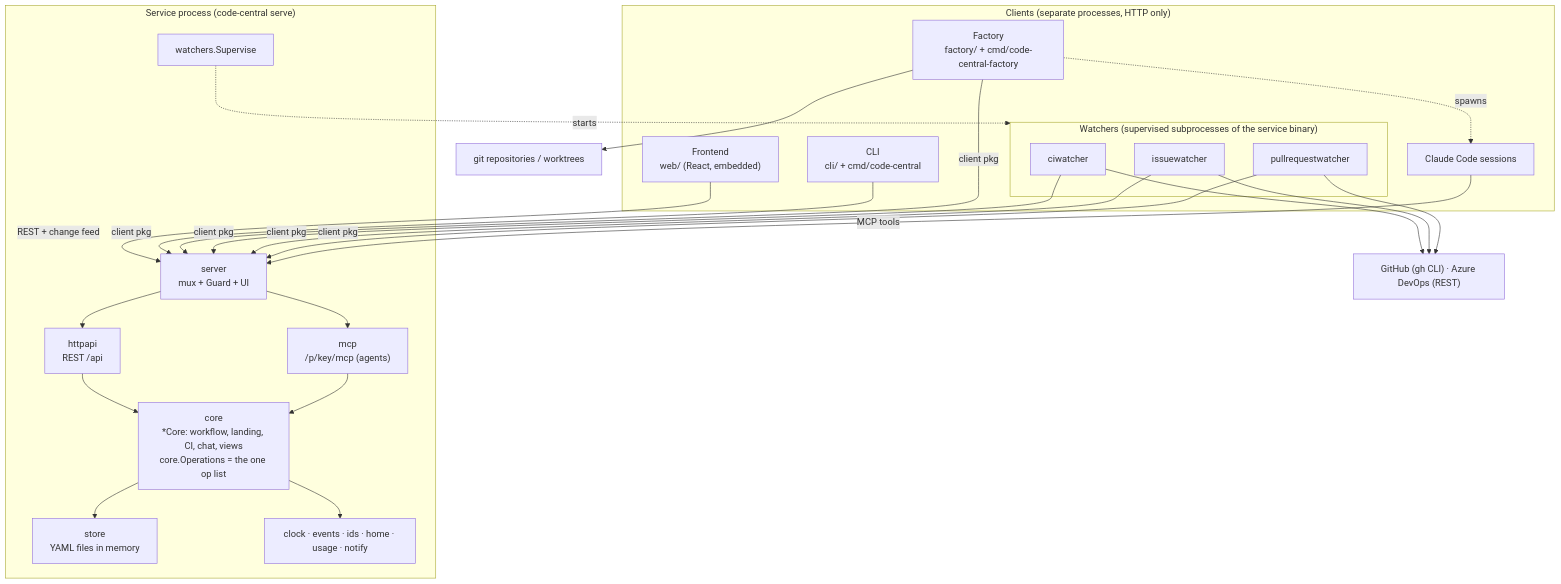
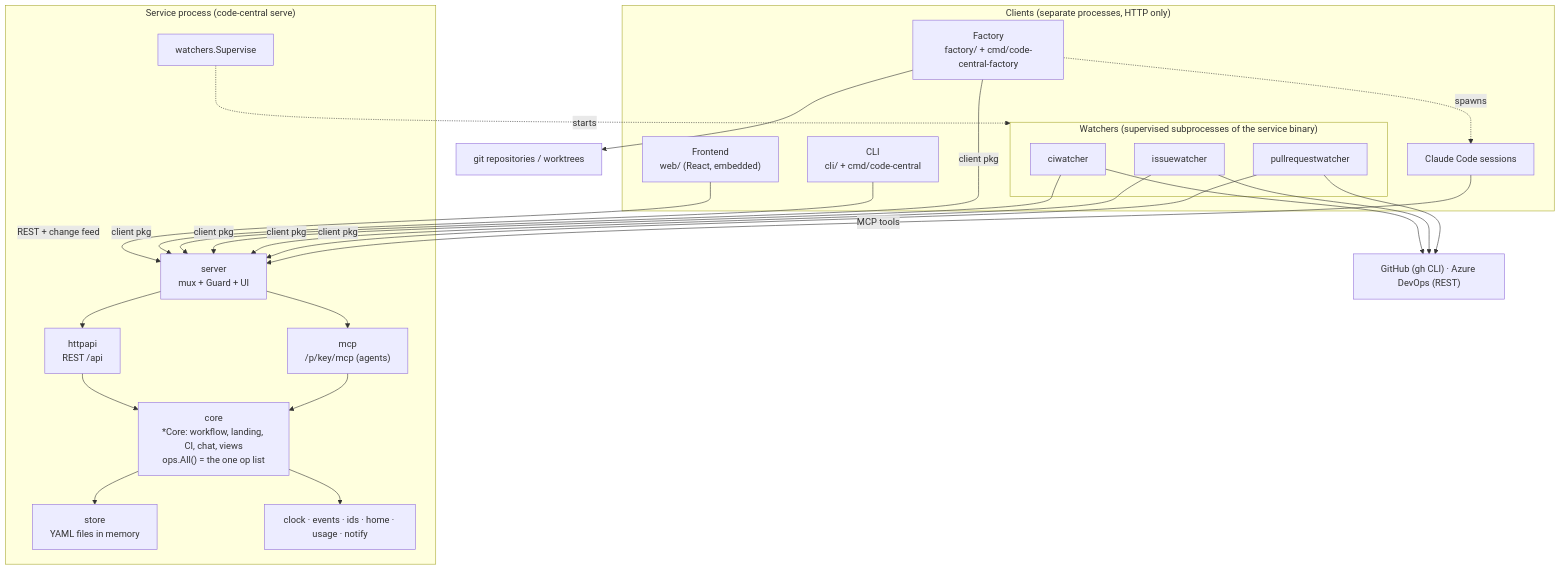
The diagram in docs/architecture.md (tomphp/code-central), drawn with Mermaid before and after one commit. The commit also changed other lines of this file and 62 other files, not shown here.

First line of the commit message:
refactor(ops): define the defining-work operations once and derive their routes, tools and client calls (code-central-990)

````diff
--- a/docs/architecture.md
+++ b/docs/architecture.md
@@ -11,41 +11,41 @@
 ```mermaid
 flowchart TB
   subgraph Clients["Clients (separate processes, HTTP only)"]
     UI["Frontend<br/>web/ (React, embedded)"]
     CLI["CLI<br/>cli/ + cmd/code-central"]
     FAC["Factory<br/>factory/ + cmd/code-central-factory"]
     subgraph W["Watchers (supervised subprocesses of the service binary)"]
       CIW["ciwatcher"]
       ISW["issuewatcher"]
       PRW["pullrequestwatcher"]
     end
     AGENT["Claude Code sessions"]
   end
 
   subgraph Service["Service process (code-central serve)"]
     FD["server<br/>mux + Guard + UI"]
     API["httpapi<br/>REST /api"]
     MCP["mcp<br/>/p/key/mcp (agents)"]
-    CORE["core<br/>*Core: workflow, landing, CI, chat, views<br/>core.Operations = the one op list"]
+    CORE["core<br/>*Core: workflow, landing, CI, chat, views<br/>ops.All() = the one op list"]
     STORE["store<br/>YAML files in memory"]
     SUP["watchers.Supervise"]
     SIDE["clock · events · ids · home · usage · notify"]
   end
 
   EXT["GitHub (gh CLI) · Azure DevOps (REST)"]
   GIT["git repositories / worktrees"]
 
   UI -->|REST + change feed| FD
   CLI -->|client pkg| FD
   FAC -->|client pkg| FD
   CIW & ISW & PRW -->|client pkg| FD
   AGENT -->|MCP tools| FD
   FD --> API --> CORE
   FD --> MCP --> CORE
   CORE --> STORE
   CORE --> SIDE
   SUP -.starts.-> W
   FAC --> GIT
   FAC -.spawns.-> AGENT
   CIW & ISW & PRW --> EXT
 ```
````
